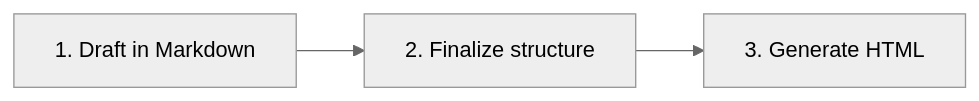
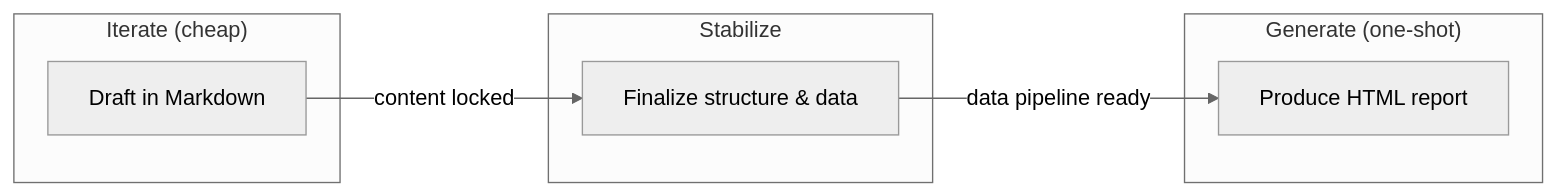
Before and after one commit to mcgarrah/mcgarrah.github.io: the second of 2 diagrams in _drafts/2026-06-01-ai-generated-html-reports-jekyll-github-pages.md, drawn with Mermaid (neutral theme).

Commit message:
Improve markdown-first mermaid diagram with subgraphs and edge labels

````diff
--- a/_drafts/2026-06-01-ai-generated-html-reports-jekyll-github-pages.md
+++ b/_drafts/2026-06-01-ai-generated-html-reports-jekyll-github-pages.md
@@ -124,5 +124,14 @@
 ```mermaid
 flowchart LR
-    A["1. Draft in Markdown"] --> B["2. Finalize structure"]
-    B --> C["3. Generate HTML"]
+    subgraph Iterate["Iterate (cheap)"]
+        A[Draft in Markdown]
+    end
+    subgraph Build["Stabilize"]
+        B[Finalize structure & data]
+    end
+    subgraph Publish["Generate (one-shot)"]
+        C[Produce HTML report]
+    end
+    A -->|content locked| B
+    B -->|data pipeline ready| C
 ```
````
